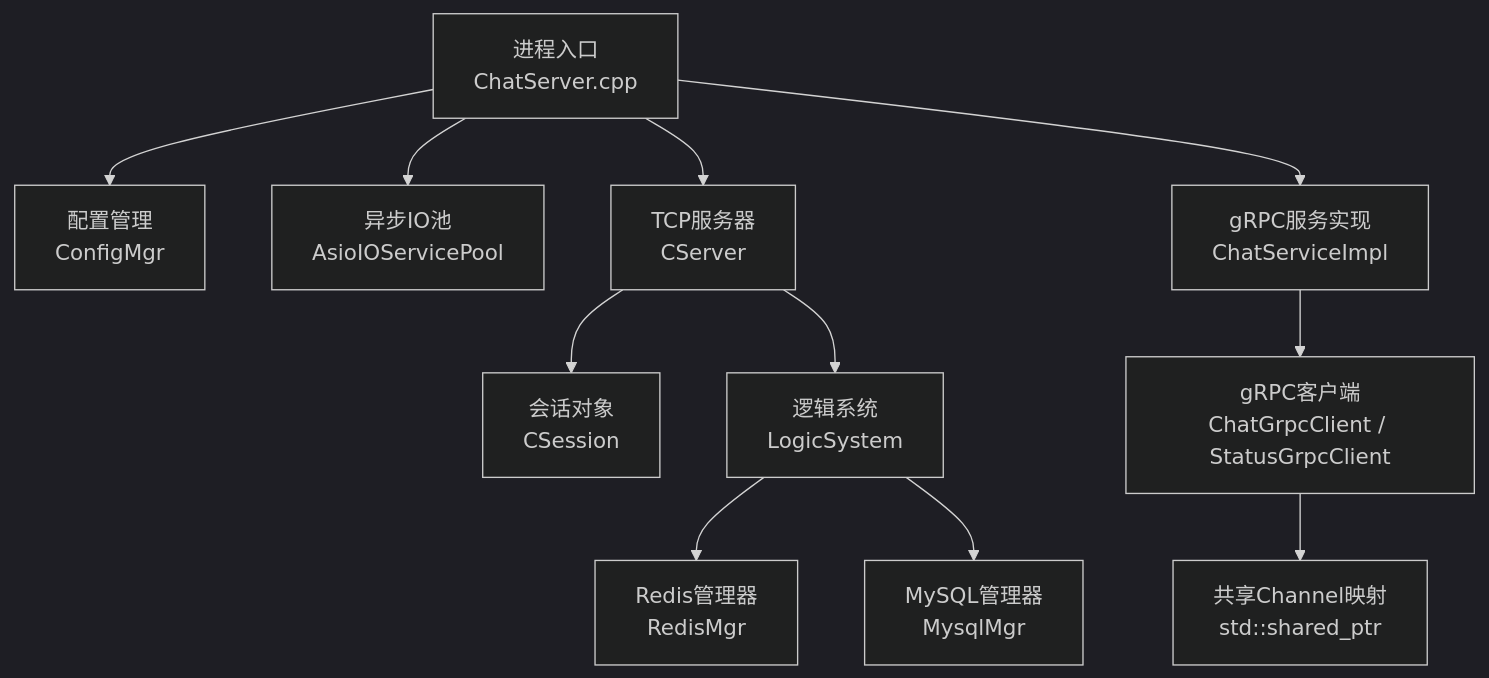
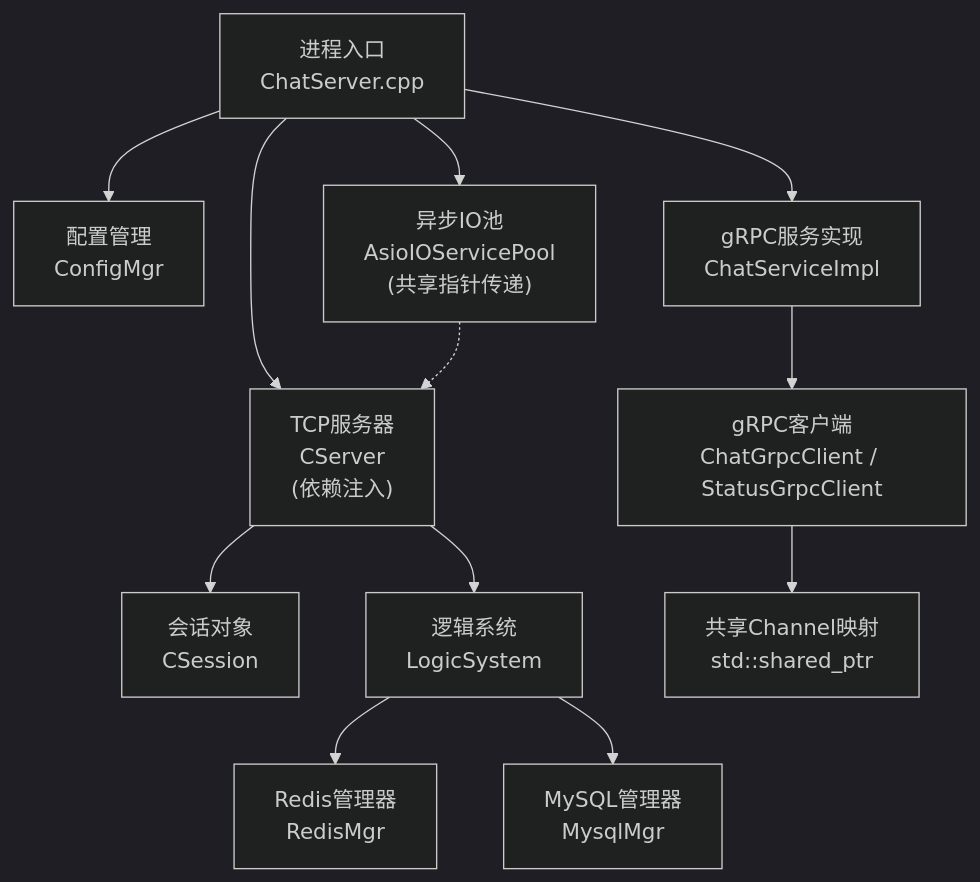
Before and after one commit to echo9923/mychatter: the first of 10 diagrams in .qoder/repowiki/zh/content/服务端开发/ChatServer聊天核心服务/核心服务架构.md, drawn with Mermaid (dark theme). The commit also changed other lines of this file and 107 other files, not shown here.

````diff
--- a/.qoder/repowiki/zh/content/服务端开发/ChatServer聊天核心服务/核心服务架构.md
+++ b/.qoder/repowiki/zh/content/服务端开发/ChatServer聊天核心服务/核心服务架构.md
@@ -56,13 +56,14 @@
 ```mermaid
 graph TB
 A["进程入口<br/>ChatServer.cpp"] --> B["配置管理<br/>ConfigMgr"]
-A --> C["异步IO池<br/>AsioIOServicePool"]
-A --> D["TCP服务器<br/>CServer"]
+A --> C["异步IO池<br/>AsioIOServicePool<br/>(共享指针传递)"]
+A --> D["TCP服务器<br/>CServer<br/>(依赖注入)"]
 A --> E["gRPC服务实现<br/>ChatServiceImpl"]
 D --> F["会话对象<br/>CSession"]
 D --> G["逻辑系统<br/>LogicSystem"]
 G --> H["Redis管理器<br/>RedisMgr"]
 G --> I["MySQL管理器<br/>MysqlMgr"]
 E --> J["gRPC客户端<br/>ChatGrpcClient / StatusGrpcClient"]
 J --> K["共享Channel映射<br/>std::shared_ptr<Channel>"]
+C -.-> D
 ```
````
